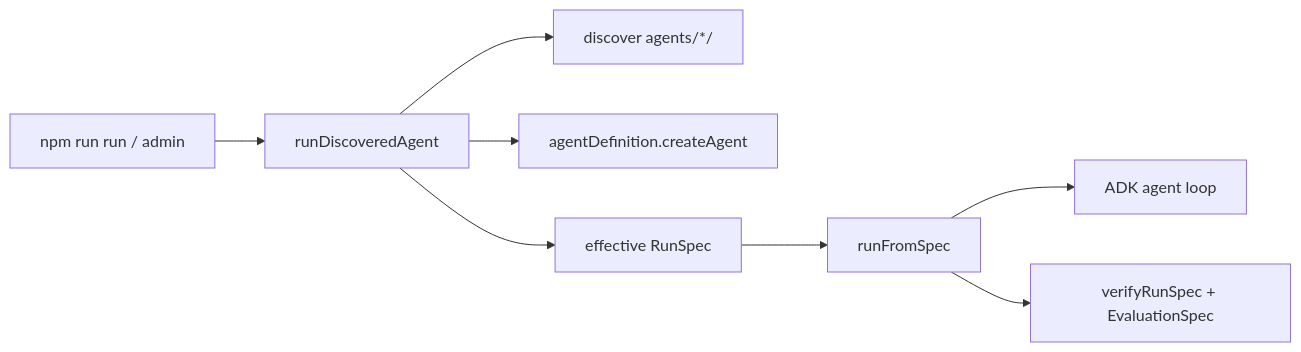
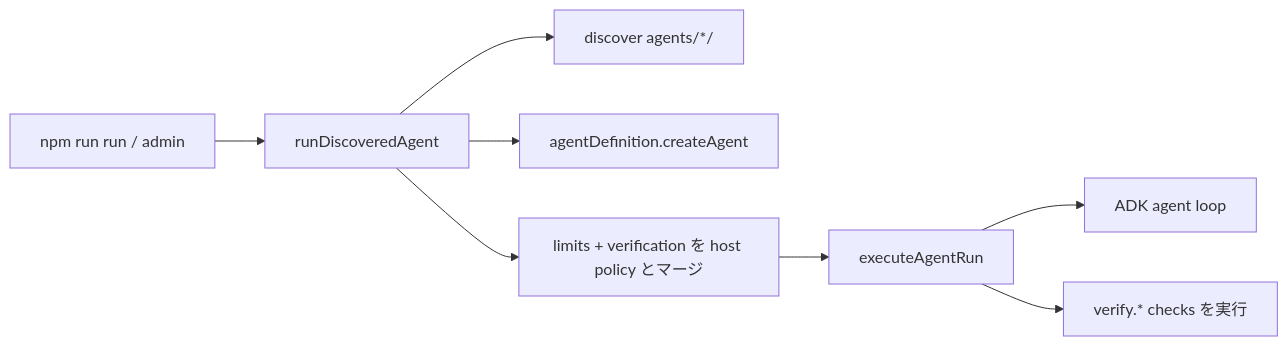
One commit to Fogrexon/agent-env changed the diagram in docs/AGENT_PACKAGE.md. Above: the diagram before and after it, drawn with Mermaid. The commit also changed other lines of this file and 172 other files, not shown here.

First line of the commit message:
Replace RunSpec with agent limits/verification and expand harness.

````diff
--- a/docs/AGENT_PACKAGE.md
+++ b/docs/AGENT_PACKAGE.md
@@ -21,10 +21,10 @@
 ```mermaid
 flowchart LR
   CLI["npm run run / admin"] --> RDA["runDiscoveredAgent"]
   RDA --> Disc["discover agents/*/"]
   RDA --> Build["agentDefinition.createAgent"]
-  RDA --> Merge["effective RunSpec"]
-  Merge --> RFS["runFromSpec"]
-  RFS --> Agent["ADK agent loop"]
-  RFS --> Ver["verifyRunSpec + EvaluationSpec"]
+  RDA --> Merge["limits + verification を host policy とマージ"]
+  Merge --> Exec["executeAgentRun"]
+  Exec --> Agent["ADK agent loop"]
+  Exec --> Ver["verify.* checks を実行"]
 ```
````
